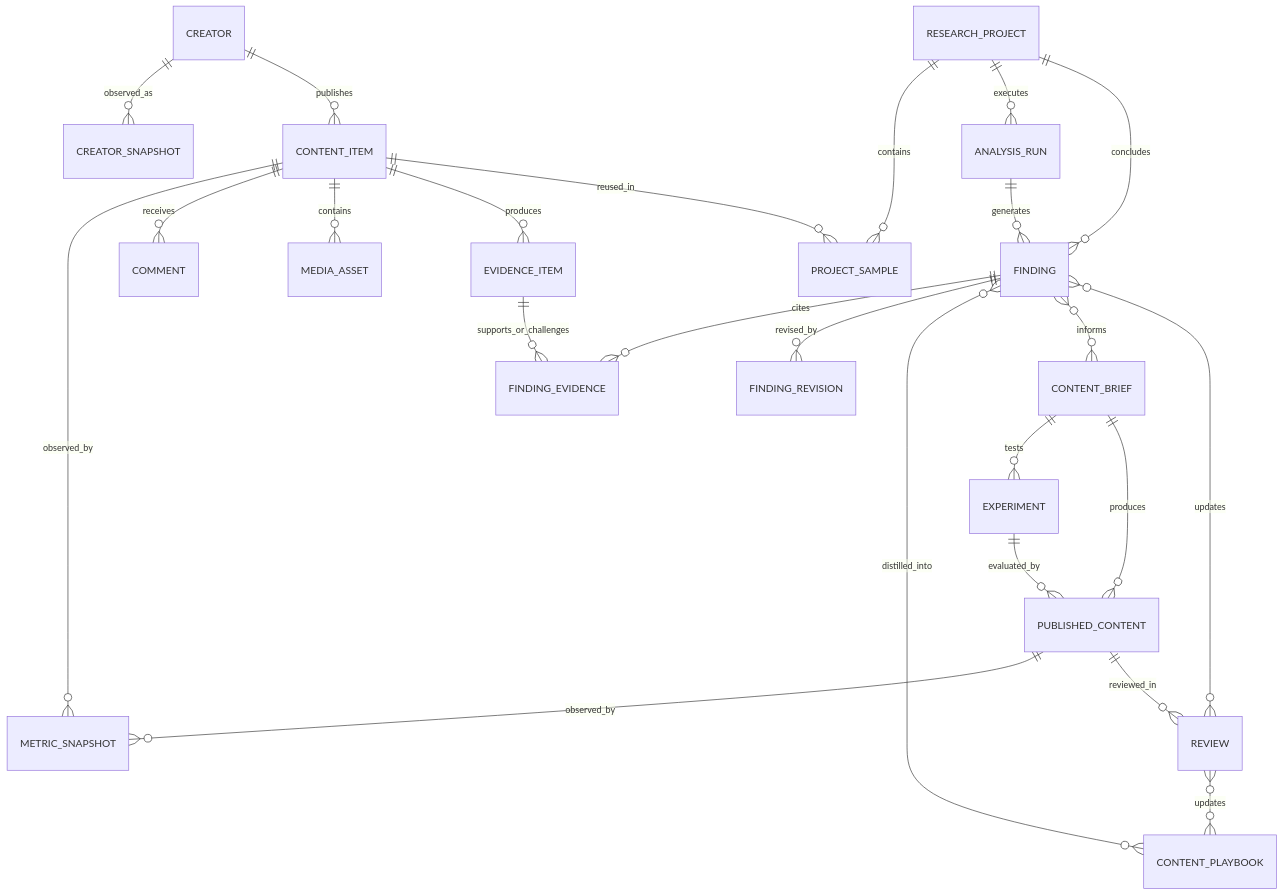
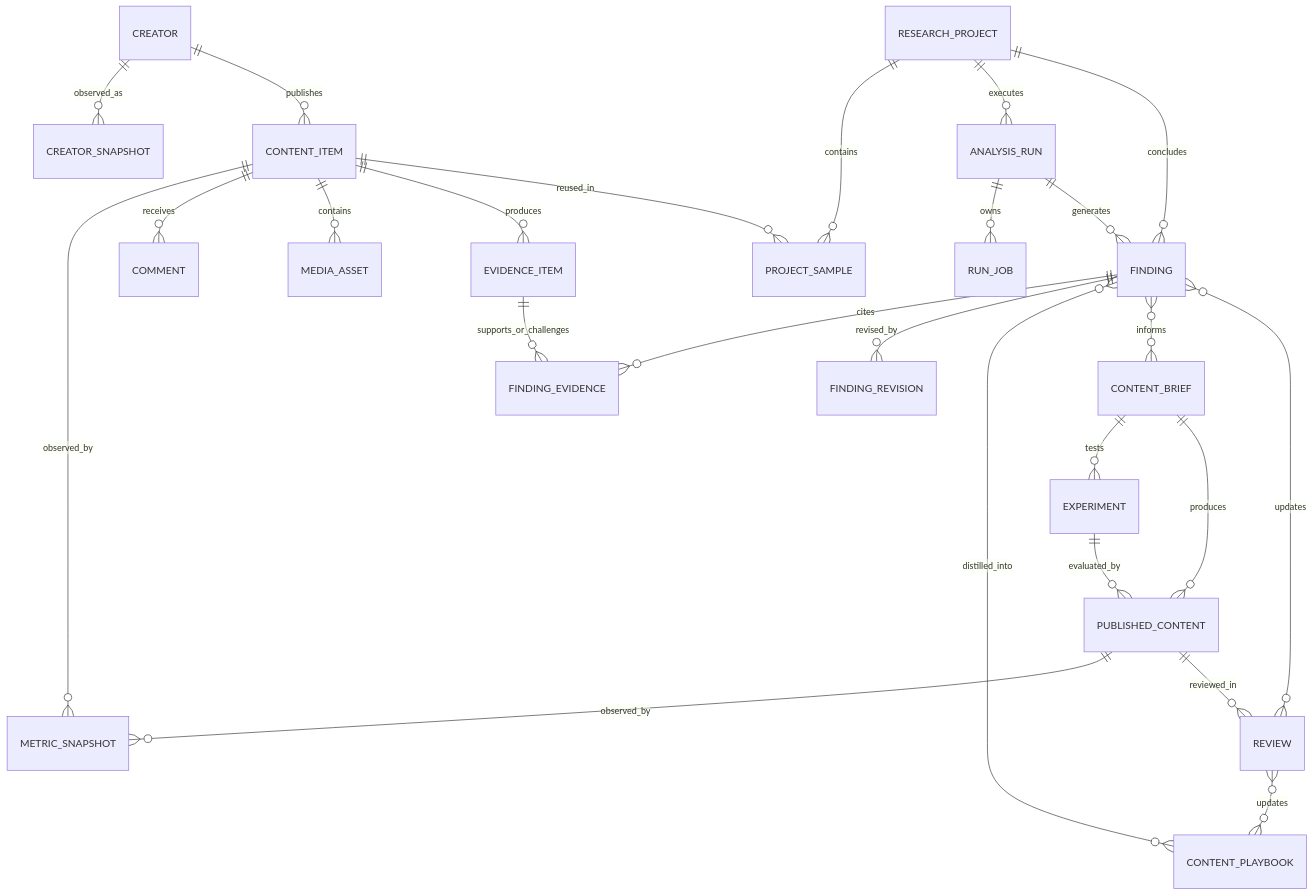
The diagram in docs/data-model.md (cyl19970726/signal-room), drawn with Mermaid before and after one commit. The commit also changed other lines of this file and 19 other files, not shown here.

````diff
--- a/docs/data-model.md
+++ b/docs/data-model.md
@@ -5,29 +5,30 @@
 ```mermaid
 erDiagram
     CREATOR ||--o{ CREATOR_SNAPSHOT : observed_as
     CREATOR ||--o{ CONTENT_ITEM : publishes
     CONTENT_ITEM ||--o{ METRIC_SNAPSHOT : observed_by
     CONTENT_ITEM ||--o{ COMMENT : receives
     CONTENT_ITEM ||--o{ MEDIA_ASSET : contains
     CONTENT_ITEM ||--o{ EVIDENCE_ITEM : produces
 
     RESEARCH_PROJECT ||--o{ PROJECT_SAMPLE : contains
     CONTENT_ITEM ||--o{ PROJECT_SAMPLE : reused_in
     RESEARCH_PROJECT ||--o{ ANALYSIS_RUN : executes
+    ANALYSIS_RUN ||--o{ RUN_JOB : owns
     RESEARCH_PROJECT ||--o{ FINDING : concludes
     ANALYSIS_RUN ||--o{ FINDING : generates
 
     FINDING ||--o{ FINDING_EVIDENCE : cites
     EVIDENCE_ITEM ||--o{ FINDING_EVIDENCE : supports_or_challenges
     FINDING ||--o{ FINDING_REVISION : revised_by
     FINDING }o--o{ CONTENT_PLAYBOOK : distilled_into
     FINDING }o--o{ CONTENT_BRIEF : informs
 
     CONTENT_BRIEF ||--o{ EXPERIMENT : tests
     CONTENT_BRIEF ||--o{ PUBLISHED_CONTENT : produces
     EXPERIMENT ||--o{ PUBLISHED_CONTENT : evaluated_by
     PUBLISHED_CONTENT ||--o{ METRIC_SNAPSHOT : observed_by
     PUBLISHED_CONTENT ||--o{ REVIEW : reviewed_in
     REVIEW }o--o{ FINDING : updates
     REVIEW }o--o{ CONTENT_PLAYBOOK : updates
 ```
````
